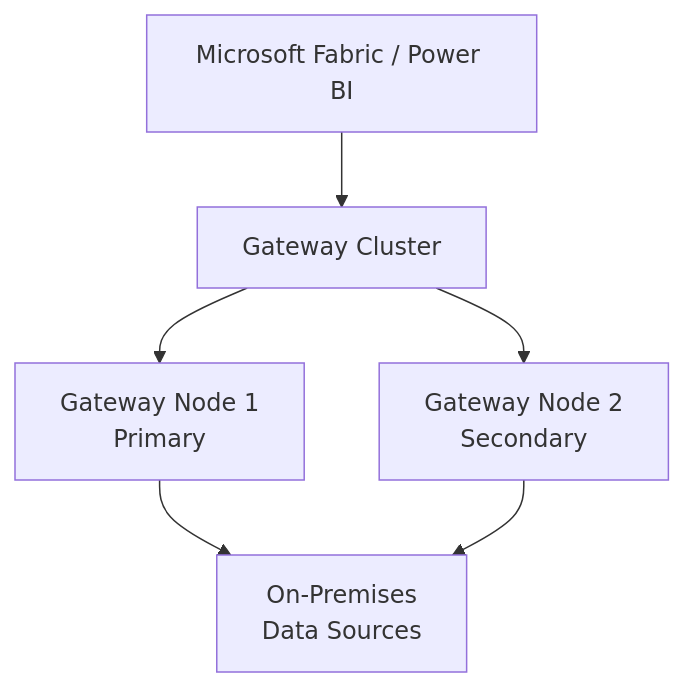
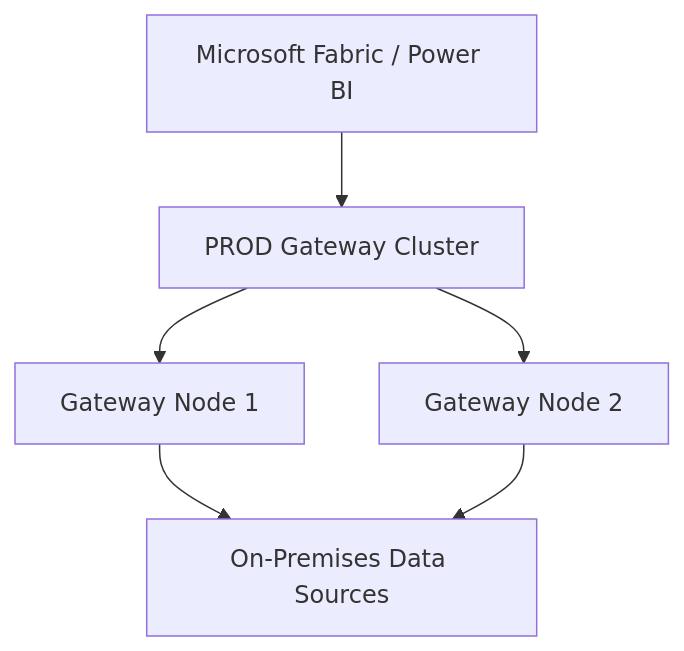
The third of 9 diagrams in 10-monitoring-admin/gateway.md (Meaza-Gebreselassie/microsoft-fabric-architect-playbook), drawn with Mermaid before and after one commit. The commit also changed other lines of this file, not shown here.

First line of the commit message:
Revise gateway documentation for clarity and accuracy

````diff
--- a/10-monitoring-admin/gateway.md
+++ b/10-monitoring-admin/gateway.md
@@ -109,12 +115,17 @@
 ```mermaid
 flowchart TD
     A["Microsoft Fabric / Power BI"]
+    B["PROD Gateway Cluster"]
 
-    A --> G["Gateway Cluster"]
+    C["Gateway Node 1"]
+    D["Gateway Node 2"]
 
-    G --> P["Gateway Node 1<br/>Primary"]
-    G --> S["Gateway Node 2<br/>Secondary"]
+    E["On-Premises Data Sources"]
 
-    P --> D["On-Premises<br/>Data Sources"]
-    S --> D
+    A --> B
+    B --> C
+    B --> D
+
+    C --> E
+    D --> E
 ```
````
